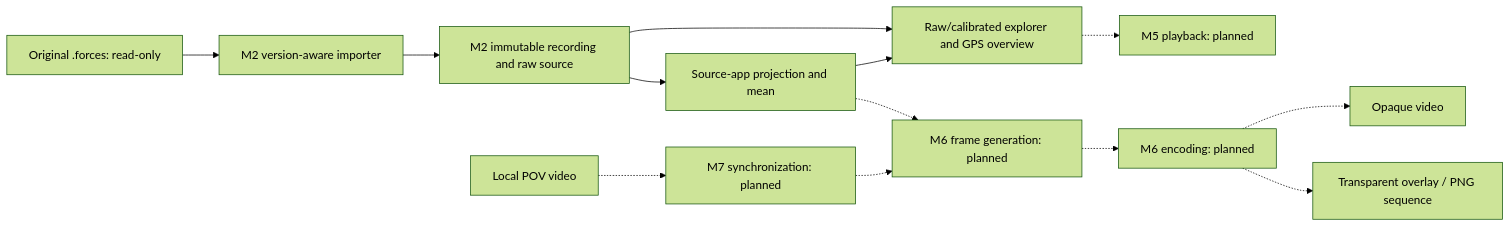
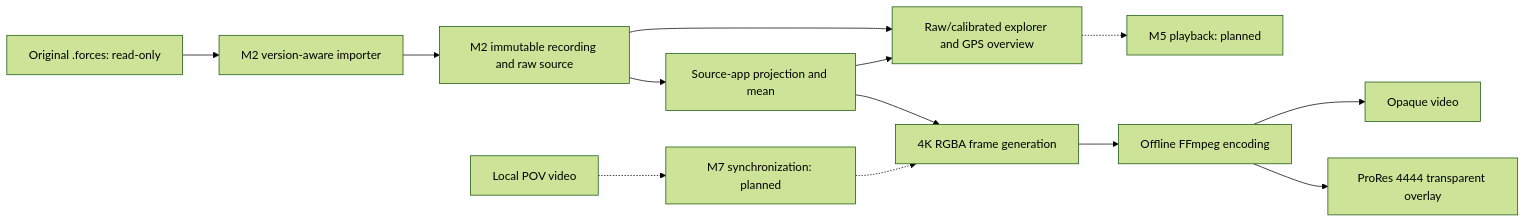
Before and after one commit to rudnerbjoern/ride-forces-analyzer: the diagram in docs/architecture/04_solution_strategy.md, drawn with Mermaid (forest theme). The commit also changed other lines of this file and 44 other files, not shown here.

````diff
--- a/docs/architecture/04_solution_strategy.md
+++ b/docs/architecture/04_solution_strategy.md
@@ -13,15 +13,15 @@
 ```mermaid
 flowchart LR
     Original["Original .forces: read-only"] --> Importer["M2 version-aware importer"]
     Importer --> Canonical["M2 immutable recording and raw source"]
     Canonical --> Analysis["Source-app projection and mean"]
     Canonical --> Explorer["Raw/calibrated explorer and GPS overview"]
     Analysis --> Explorer
     Explorer -.-> Playback["M5 playback: planned"]
-    Analysis -.-> Frames["M6 frame generation: planned"]
-    Frames -.-> Encoder["M6 encoding: planned"]
-    Encoder -.-> Opaque["Opaque video"]
-    Encoder -.-> Overlay["Transparent overlay / PNG sequence"]
+    Analysis --> Frames["4K RGBA frame generation"]
+    Frames --> Encoder["Offline FFmpeg encoding"]
+    Encoder --> Opaque["Opaque video"]
+    Encoder --> Overlay["ProRes 4444 transparent overlay"]
     POV["Local POV video"] -.-> Sync["M7 synchronization: planned"]
     Sync -.-> Frames
 ```
````
